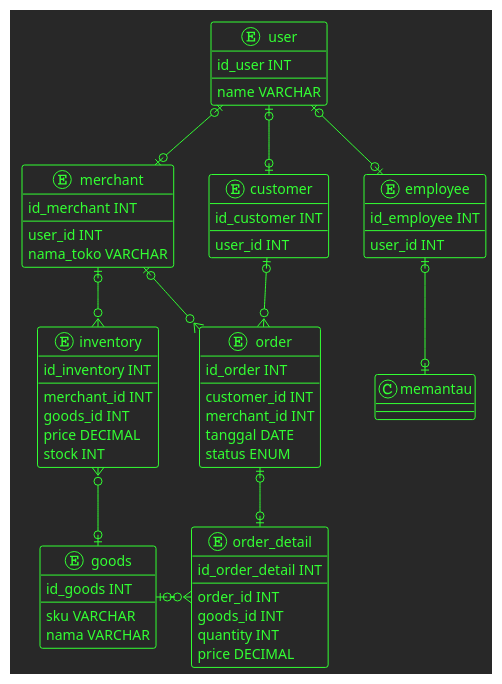
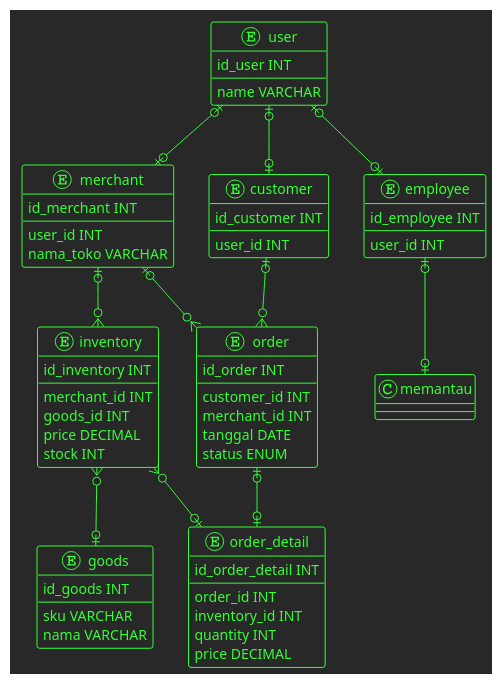
One commit to kaattuu/abucom_erd changed the diagram in abucom_erd.puml. Above: the diagram before and after it, drawn with PlantUML. The commit also changed 1 other file, not shown here.

```diff
--- a/abucom_erd.puml
+++ b/abucom_erd.puml
@@ -1,88 +1,89 @@
 @startuml
 !theme crt-green
 ' !theme crt-amber
 
 entity user {
     id_user INT
     --
     name VARCHAR
 }
 
 entity merchant {
     id_merchant INT
     --
     user_id INT
     nama_toko VARCHAR
 }
 
 entity customer {
     id_customer INT
     --
     user_id INT
 }
 
 entity employee {
     id_employee INT
     --
     user_id INT
 }
 
 entity inventory {
     id_inventory INT
     --
     merchant_id INT
     goods_id INT
     price DECIMAL
     stock INT
 }
 
 entity order {
     id_order INT
     --
     customer_id INT
     merchant_id INT
     tanggal DATE
     status ENUM
 }
 
 entity order_detail {
     id_order_detail INT
     --
     order_id INT
-    goods_id INT
+    inventory_id INT
     quantity INT
     price DECIMAL
 }
 
 entity goods {
     id_goods INT
     --
     sku VARCHAR
     nama VARCHAR
 }
 
 
 
 
 user |o--o| merchant
 user |o--o| customer
 user |o--o| employee
 
 
 merchant |o--o{ inventory
 merchant |o--o{ order
 customer |o--o{ order
 employee |o--o| memantau
 
 
 order |o--o| order_detail
 
 
 inventory }o--o| goods
+inventory }o--o| order_detail
 
 
-goods |o-o{ order_detail
+' goods |o-o{ order_detail
 
 
 
 @enduml
```
